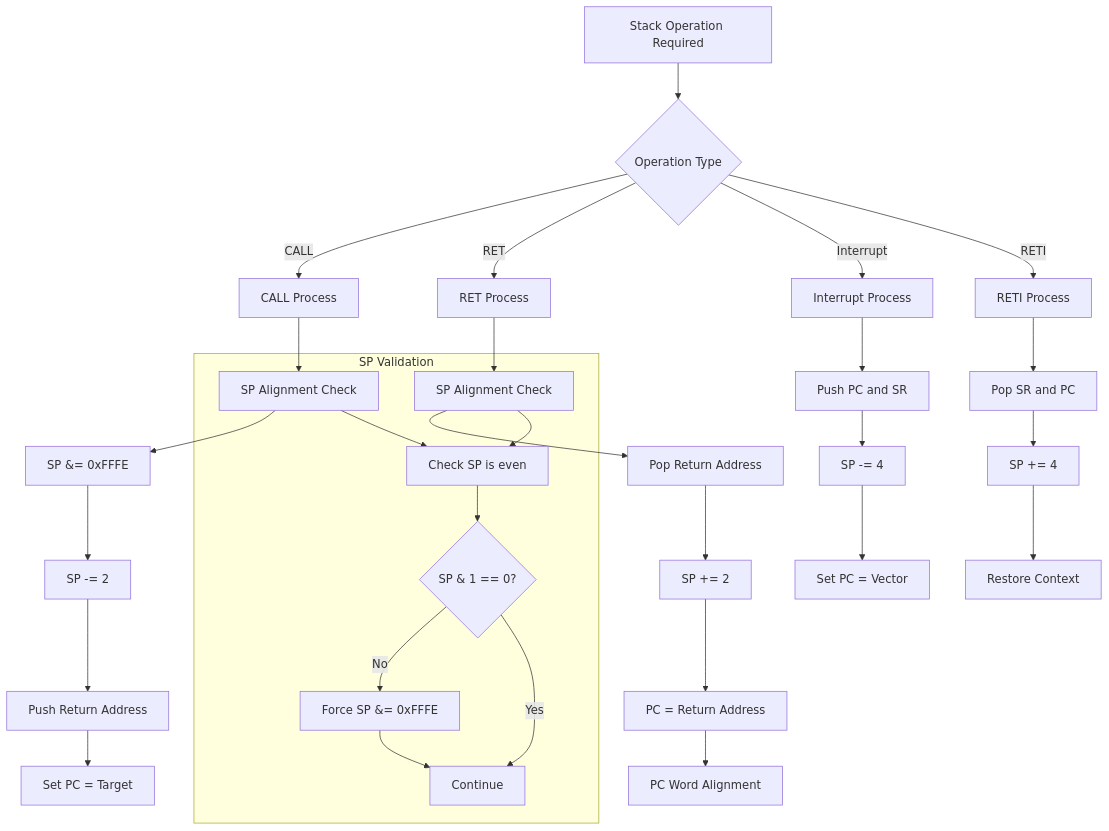
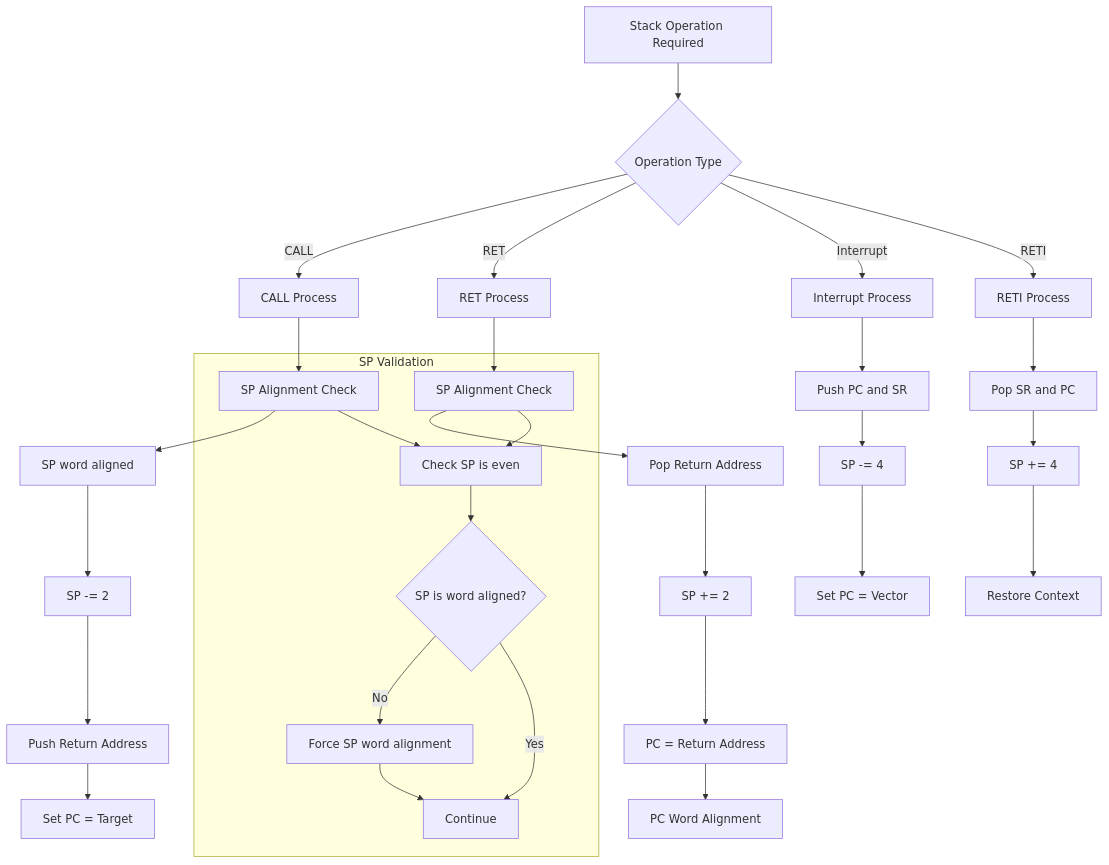
One commit to grahame-white/ai_msp430_emulator changed the seventh of 10 diagrams in docs/diagrams/cpu/pc_state_transitions.md. Above: the diagram before and after it, drawn with Mermaid. The commit also changed other lines of this file, not shown here.

Commit message:
Fix remaining Mermaid diagram parsing errors by removing bitwise operators and complex expressions from node labels

````diff
--- a/docs/diagrams/cpu/pc_state_transitions.md
+++ b/docs/diagrams/cpu/pc_state_transitions.md
@@ -249,38 +249,38 @@
 ```mermaid
 flowchart TD
     A[Stack Operation Required] --> B{Operation Type}
     B -->|CALL| C[CALL Process]
     B -->|RET| D[RET Process]  
     B -->|Interrupt| E[Interrupt Process]
     B -->|RETI| F[RETI Process]
     
     C --> C1[SP Alignment Check]
-    C1 --> C2[SP &= 0xFFFE]
+    C1 --> C2[SP word aligned]
     C2 --> C3[SP -= 2]
     C3 --> C4[Push Return Address]
     C4 --> C5[Set PC = Target]
     
     D --> D1[SP Alignment Check]
     D1 --> D2[Pop Return Address]
     D2 --> D3[SP += 2]
     D3 --> D4[PC = Return Address]
     D4 --> D5[PC Word Alignment]
     
     E --> E1[Push PC and SR]
     E1 --> E2[SP -= 4]
     E2 --> E3[Set PC = Vector]
     
     F --> F1[Pop SR and PC]
     F1 --> F2[SP += 4]
     F2 --> F3[Restore Context]
     
     subgraph "SP Validation"
         C1 --> V1[Check SP is even]
         D1 --> V1
-        V1 --> V2{SP & 1 == 0?}
-        V2 -->|No| V3[Force SP &= 0xFFFE]
+        V1 --> V2{SP is word aligned?}
+        V2 -->|No| V3[Force SP word alignment]
         V2 -->|Yes| V4[Continue]
         V3 --> V4
     end
 
 ```
````
